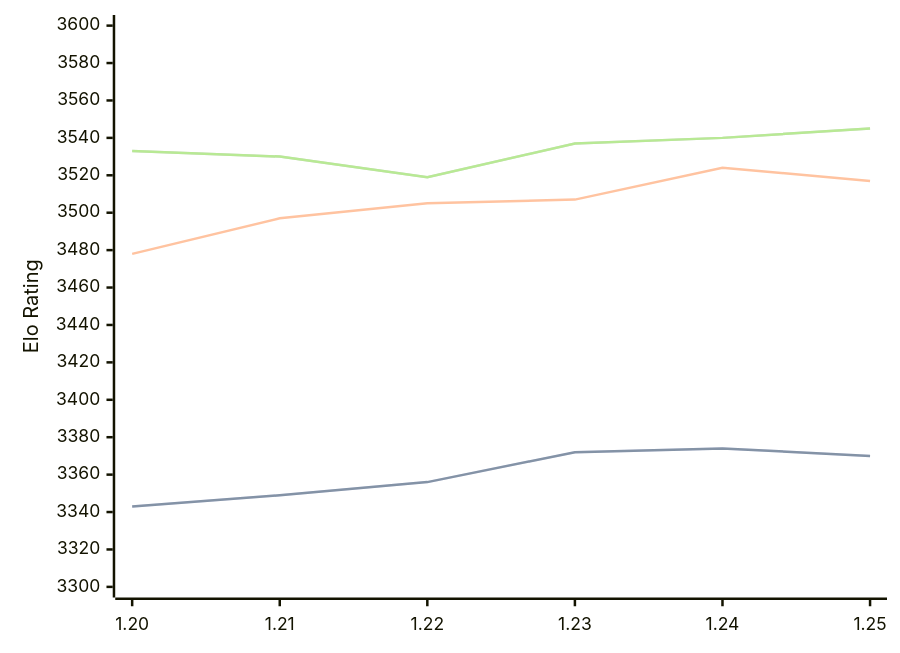
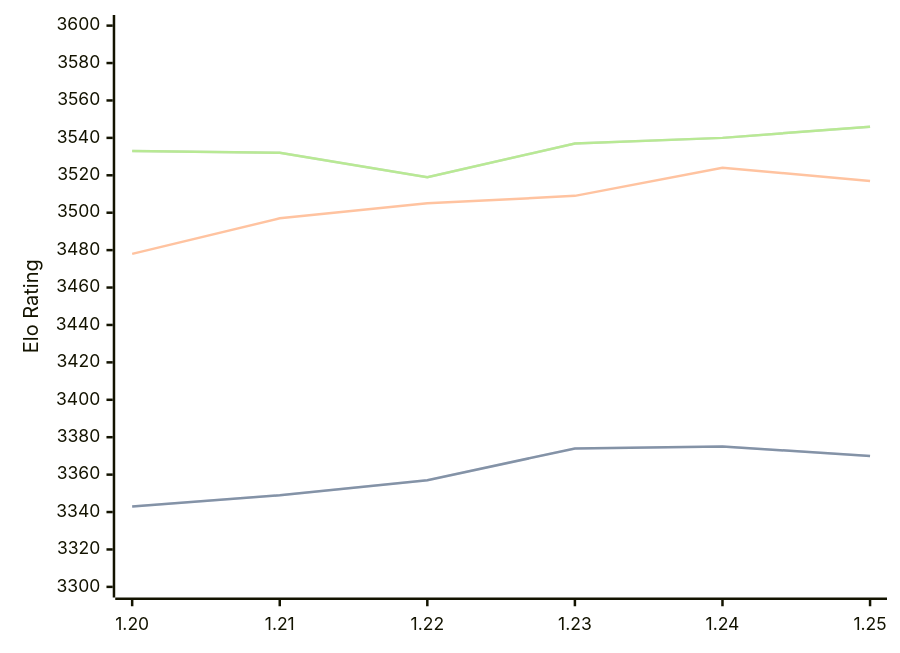
The diagram in engines/Caissa.md (computer-chess-index/cci), drawn with Mermaid before and after one commit. The commit also changed other lines of this file, not shown here.

Commit message:
Update CCI Ratings (ELO VLTC) - 2026-07-19

````diff
--- a/engines/Caissa.md
+++ b/engines/Caissa.md
@@ -65,11 +65,11 @@
 ```mermaid
 %%{init: {"theme":"base","themeVariables":{"seriesColors:['#a3a3a3','#222221','#faa371']}}}%%
 xychart-beta
   x-axis ["1.20", "1.21", "1.22", "1.23", "1.24", "1.25"]
   y-axis "Elo Rating" 3300 --> 3600
-  line "STC (8.0+0.08s)" [3343, 3349, 3356, 3372, 3374, 3370]
-  line "STC (8.0+0.08s)" [3343, 3349, 3356, 3372, 3374, 3370]
-  line "LTC (60.0+0.60s)" [3478, 3497, 3505, 3507, 3524, 3517]
-  line "VLTC (2m24s+1.12s)" [3533, 3530, 3519, 3537, 3540, 3545]
-  line "VLTC (2m24s+1.12s)" [3533, 3530, 3519, 3537, 3540, 3545]
+  line "STC (8.0+0.08s)" [3343, 3349, 3357, 3374, 3375, 3370]
+  line "STC (8.0+0.08s)" [3343, 3349, 3357, 3374, 3375, 3370]
+  line "LTC (60.0+0.60s)" [3478, 3497, 3505, 3509, 3524, 3517]
+  line "VLTC (2m24s+1.12s)" [3533, 3532, 3519, 3537, 3540, 3546]
+  line "VLTC (2m24s+1.12s)" [3533, 3532, 3519, 3537, 3540, 3546]
 ```
````
